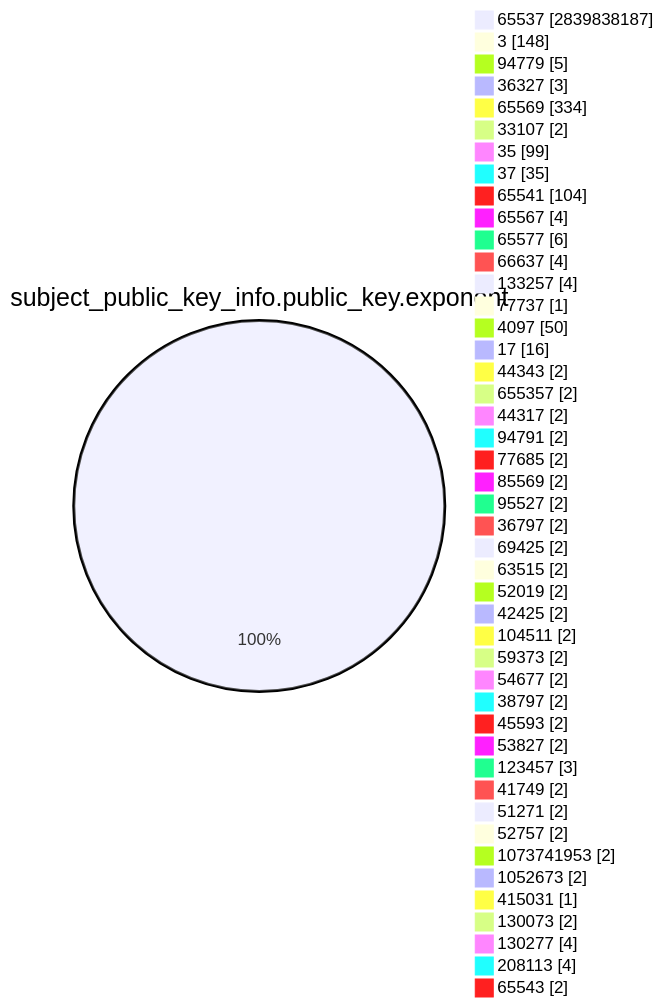
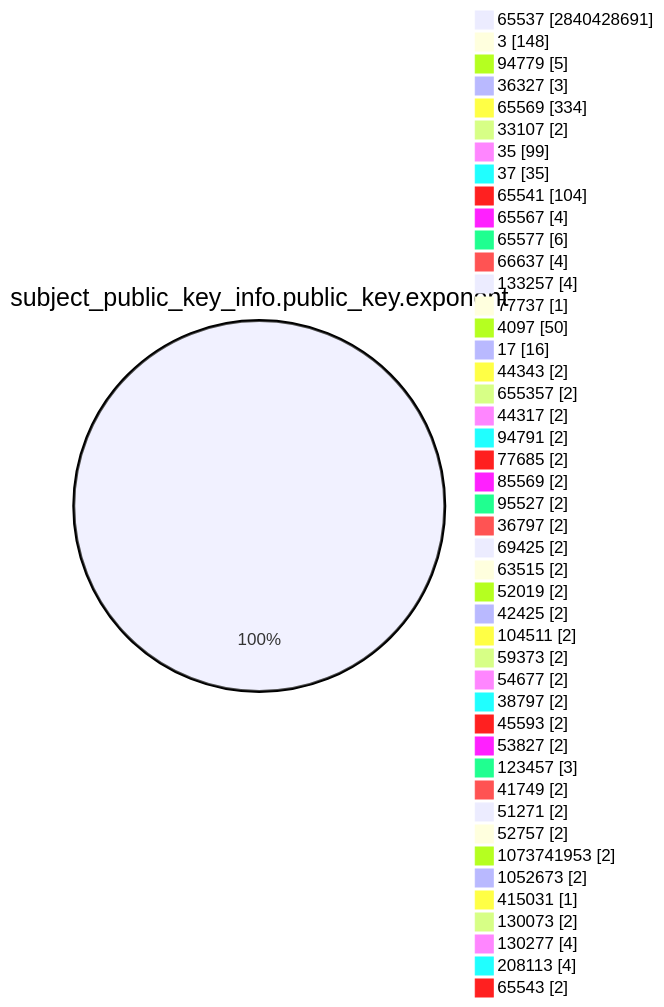
The fourth of 15 diagrams in TOTAL/README.md (christiankrug/ctmonitor_visualization), drawn with Mermaid before and after one commit. The commit also changed other lines of this file, not shown here.

````diff
--- a/TOTAL/README.md
+++ b/TOTAL/README.md
@@ -1468,49 +1468,49 @@
 ```mermaid
 pie showData
 title subject_public_key_info.public_key.exponent
-"65537" :2839838187
+"65537" :2840428691
 "3" :148
 "94779" :5
 "36327" :3
 "65569" :334
 "33107" :2
 "35" :99
 "37" :35
 "65541" :104
 "65567" :4
 "65577" :6
 "66637" :4
 "133257" :4
 "77737" :1
 "4097" :50
 "17" :16
 "44343" :2
 "655357" :2
 "44317" :2
 "94791" :2
 "77685" :2
 "85569" :2
 "95527" :2
 "36797" :2
 "69425" :2
 "63515" :2
 "52019" :2
 "42425" :2
 "104511" :2
 "59373" :2
 "54677" :2
 "38797" :2
 "45593" :2
 "53827" :2
 "123457" :3
 "41749" :2
 "51271" :2
 "52757" :2
 "1073741953" :2
 "1052673" :2
 "415031" :1
 "130073" :2
 "130277" :4
 "208113" :4
 "65543" :2
 ```
````
